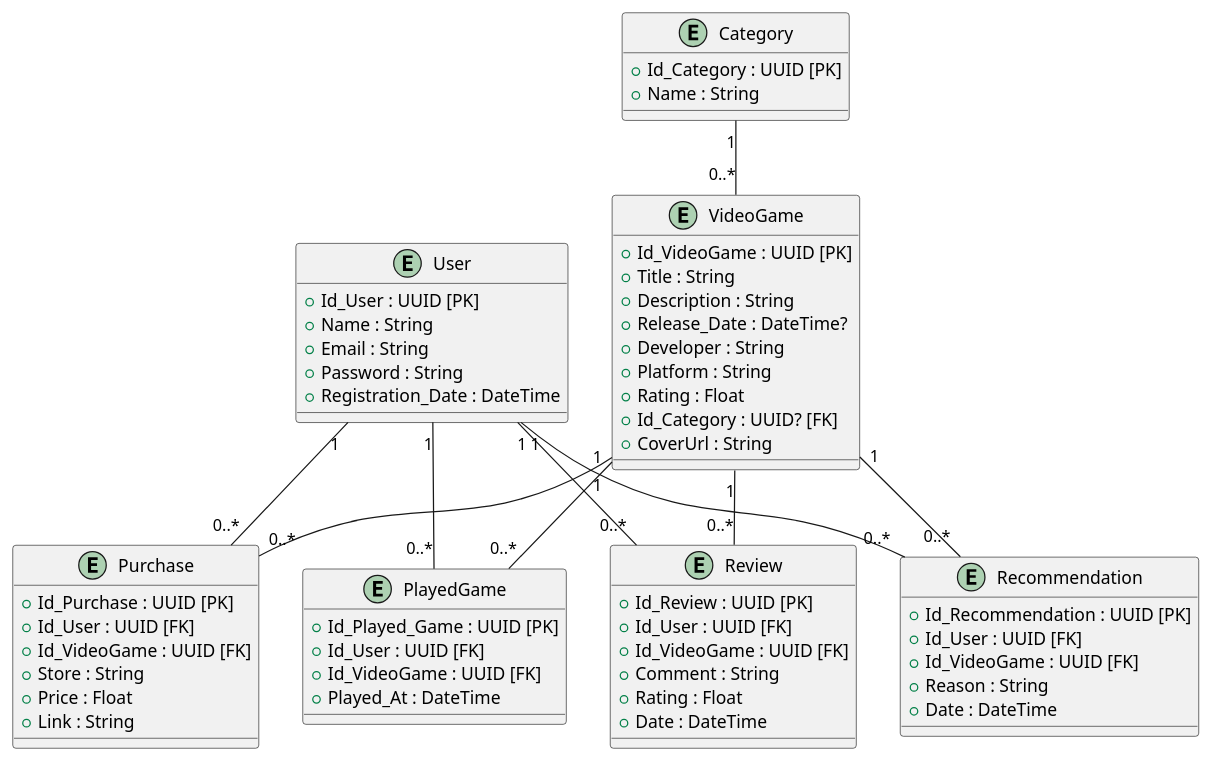
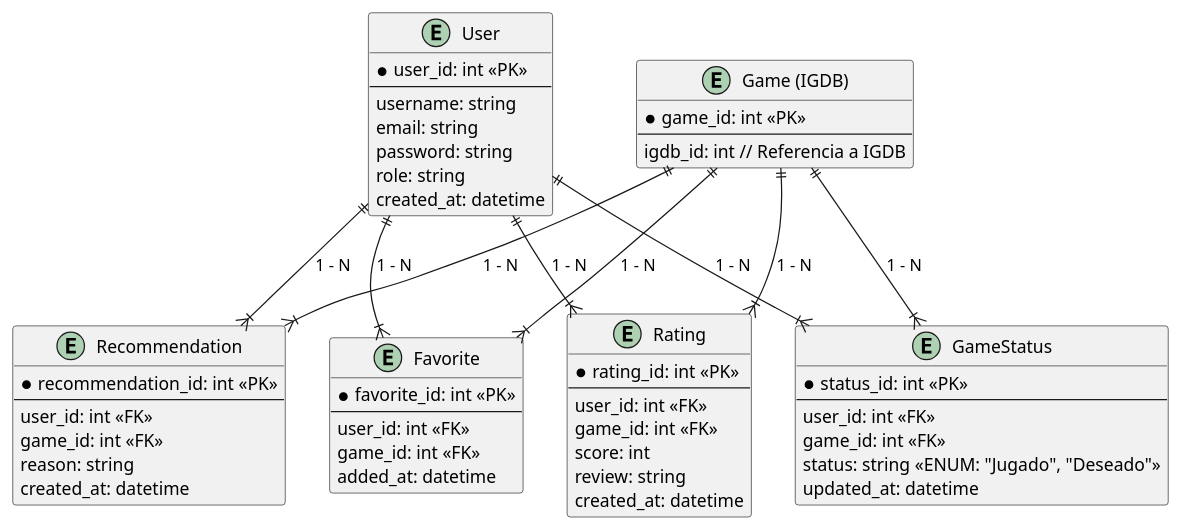
The diagram in BBDD/DER.puml (Ivannunezrodriguez/Proyecto_Unir), drawn with PlantUML before and after one commit. The commit also changed 116 other files, not shown here.

```diff
--- a/BBDD/DER.puml
+++ b/BBDD/DER.puml
@@ -1,69 +1,63 @@
 @startuml
-entity User {
-  +Id_User : UUID [PK]
-  +Name : String
-  +Email : String
-  +Password : String
-  +Registration_Date : DateTime
+entity "User" as User {
+  * user_id: int <<PK>>
+  --
+  username: string
+  email: string
+  password: string
+  role: string
+  created_at: datetime
 }
 
-entity VideoGame {
-  +Id_VideoGame : UUID [PK]
-  +Title : String
-  +Description : String
-  +Release_Date : DateTime?
-  +Developer : String
-  +Platform : String
-  +Rating : Float
-  +Id_Category : UUID? [FK]
-  +CoverUrl : String
+entity "Game (IGDB)" as Game {
+  * game_id: int <<PK>>
+  --
+  igdb_id: int // Referencia a IGDB
 }
 
-entity Category {
-  +Id_Category : UUID [PK]
-  +Name : String
+entity "Rating" as Rating {
+  * rating_id: int <<PK>>
+  --
+  user_id: int <<FK>>
+  game_id: int <<FK>>
+  score: int
+  review: string
+  created_at: datetime
 }
 
-entity Review {
-  +Id_Review : UUID [PK]
-  +Id_User : UUID [FK]
-  +Id_VideoGame : UUID [FK]
-  +Comment : String
-  +Rating : Float
-  +Date : DateTime
+entity "Favorite" as Favorite {
+  * favorite_id: int <<PK>>
+  --
+  user_id: int <<FK>>
+  game_id: int <<FK>>
+  added_at: datetime
 }
 
-entity Recommendation {
-  +Id_Recommendation : UUID [PK]
-  +Id_User : UUID [FK]
-  +Id_VideoGame : UUID [FK]
-  +Reason : String
-  +Date : DateTime
+entity "Recommendation" as Recommendation {
+  * recommendation_id: int <<PK>>
+  --
+  user_id: int <<FK>>
+  game_id: int <<FK>>
+  reason: string
+  created_at: datetime
 }
 
-entity Purchase {
-  +Id_Purchase : UUID [PK]
-  +Id_User : UUID [FK]
-  +Id_VideoGame : UUID [FK]
-  +Store : String
-  +Price : Float
-  +Link : String
+entity "GameStatus" as GameStatus {
+  * status_id: int <<PK>>
+  --
+  user_id: int <<FK>>
+  game_id: int <<FK>>
+  status: string <<ENUM: "Jugado", "Deseado">>
+  updated_at: datetime
 }
 
-entity PlayedGame {
-  +Id_Played_Game : UUID [PK]
-  +Id_User : UUID [FK]
-  +Id_VideoGame : UUID [FK]
-  +Played_At : DateTime
-}
+User ||--|{ Rating : "1 - N"
+User ||--|{ Favorite : "1 - N"
+User ||--|{ Recommendation : "1 - N"
+User ||--|{ GameStatus : "1 - N"
 
-User "1" -- "0..*" Review
-User "1" -- "0..*" Recommendation
-User "1" -- "0..*" Purchase
-User "1" -- "0..*" PlayedGame
-Category "1" -- "0..*" VideoGame
-VideoGame "1" -- "0..*" Review
-VideoGame "1" -- "0..*" Recommendation
-VideoGame "1" -- "0..*" Purchase
-VideoGame "1" -- "0..*" PlayedGame
+Game ||--|{ Rating : "1 - N"
+Game ||--|{ Favorite : "1 - N"
+Game ||--|{ Recommendation : "1 - N"
+Game ||--|{ GameStatus : "1 - N"
 @enduml
```
